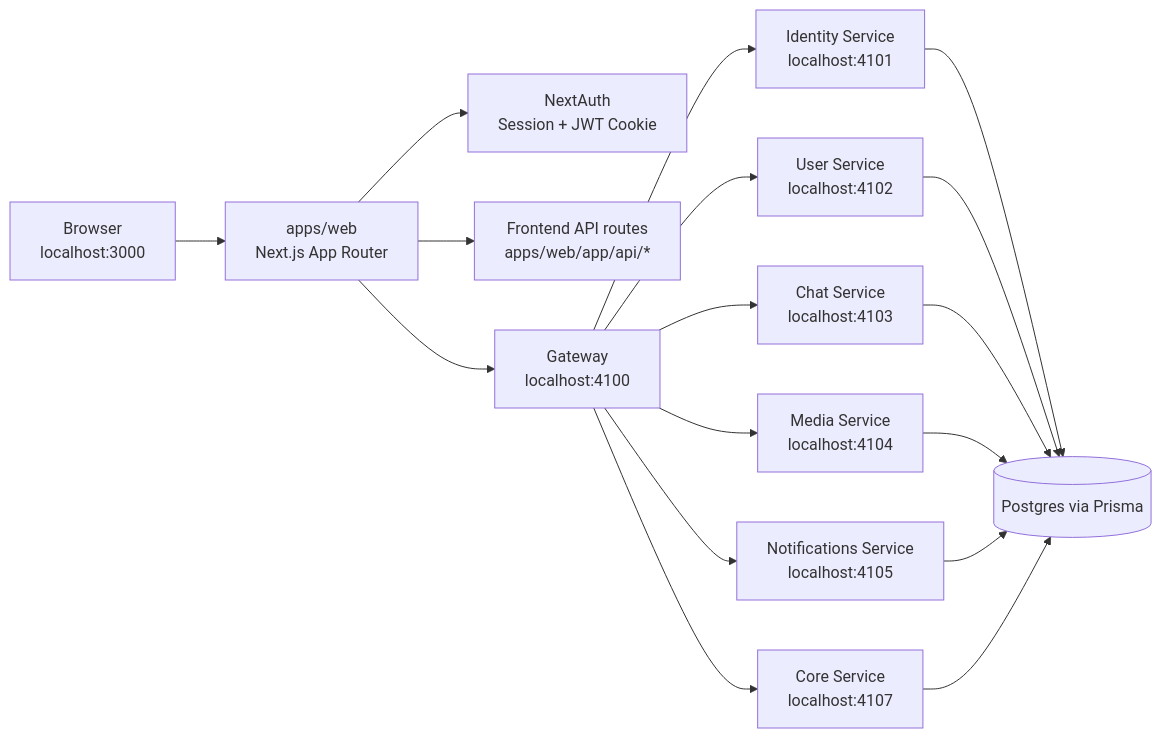
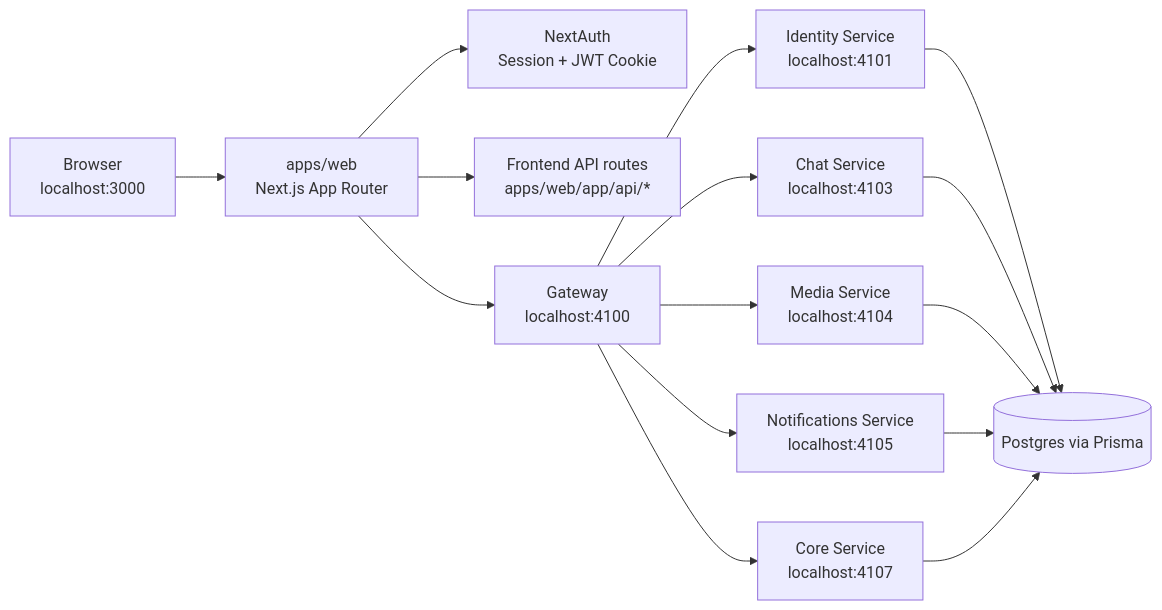
Before and after one commit to Sam231221/Yome: the first of 3 diagrams in docs/PROJECT_ARCHITECTURE_AND_WORKFLOWS.md, drawn with Mermaid. The commit also changed other lines of this file and 38 other files, not shown here.

````diff
--- a/docs/PROJECT_ARCHITECTURE_AND_WORKFLOWS.md
+++ b/docs/PROJECT_ARCHITECTURE_AND_WORKFLOWS.md
@@ -47,21 +45,19 @@
 ```mermaid
 flowchart LR
     A[Browser<br/>localhost:3000] --> B[apps/web<br/>Next.js App Router]
     B --> C[NextAuth<br/>Session + JWT Cookie]
     B --> D[Frontend API routes<br/>apps/web/app/api/*]
     B --> E[Gateway<br/>localhost:4100]
 
     E --> F[Identity Service<br/>localhost:4101]
-    E --> G[User Service<br/>localhost:4102]
     E --> H[Chat Service<br/>localhost:4103]
     E --> I[Media Service<br/>localhost:4104]
     E --> J[Notifications Service<br/>localhost:4105]
     E --> N[Core Service<br/>localhost:4107]
 
     F --> K[(Postgres via Prisma)]
-    G --> K
     H --> K
     I --> K
     J --> K
     N --> K
 ```
````
